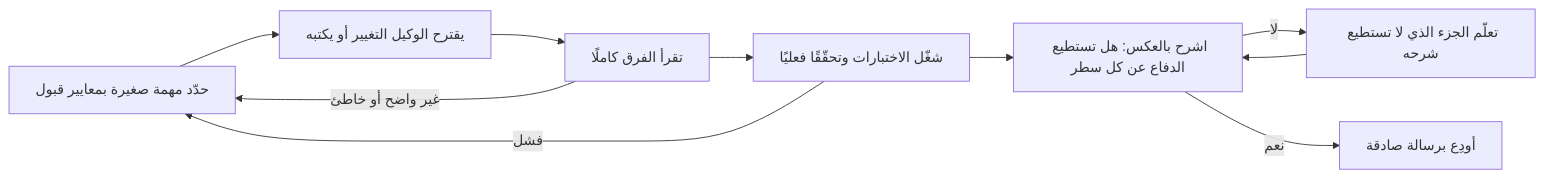
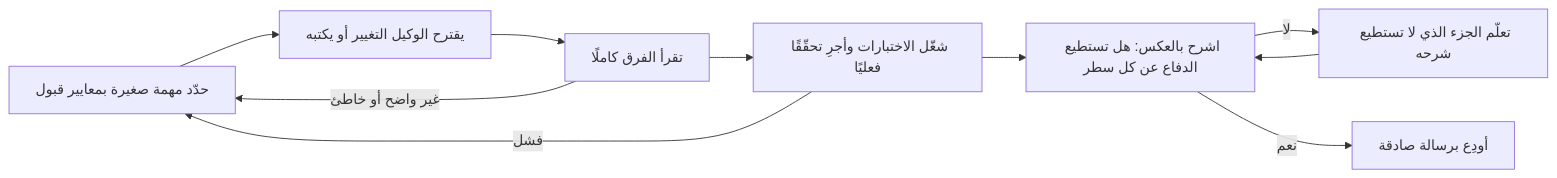
The second of 3 diagrams in career/modules/01-skills.ar.md (Tamoura/system-design-for-vibe-coders), drawn with Mermaid before and after one commit. The commit also changed other lines of this file and 11 other files, not shown here.

````diff
--- a/career/modules/01-skills.ar.md
+++ b/career/modules/01-skills.ar.md
@@ -305,12 +305,12 @@
 ```mermaid
 flowchart LR
     S["حدّد مهمة صغيرة بمعايير قبول"] --> G["يقترح الوكيل التغيير أو يكتبه"]
     G --> R["تقرأ الفرق كاملًا"]
     R -->|"غير واضح أو خاطئ"| S
-    R --> V["شغّل الاختبارات وتحقّقًا فعليًا"]
+    R --> V["شغّل الاختبارات وأجرِ تحقّقًا فعليًا"]
     V -->|"فشل"| S
     V --> E["اشرح بالعكس: هل تستطيع الدفاع عن كل سطر"]
     E -->|"لا"| L["تعلّم الجزء الذي لا تستطيع شرحه"]
     L --> E
     E -->|"نعم"| C["أودِع برسالة صادقة"]
 ```
````
